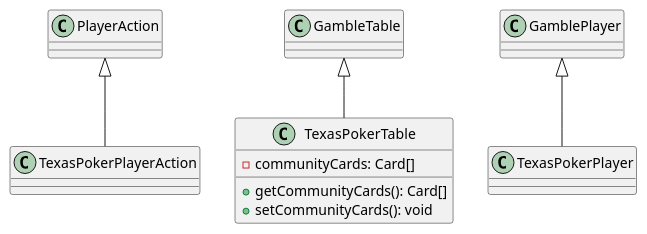
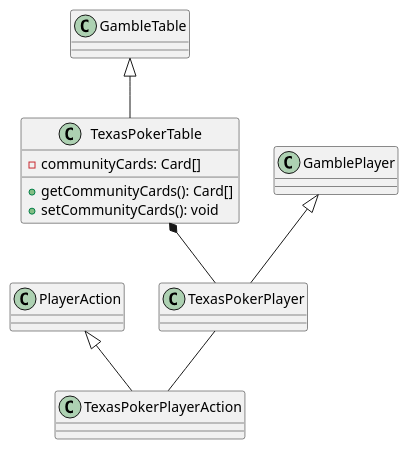
One commit to recursion-teamdev-teamd/devlog changed the diagram in uml/akiba/TexasPoker.puml. Above: the diagram before and after it, drawn with PlantUML. The commit also changed 9 other files, not shown here.

Commit message:
done creating uml akiba

```diff
--- a/uml/akiba/TexasPoker.puml
+++ b/uml/akiba/TexasPoker.puml
@@ -1,8 +1,12 @@
 class TexasPokerPlayerAction extends PlayerAction{}
 class TexasPokerTable extends GambleTable{
   -communityCards: Card[]
   +getCommunityCards(): Card[]
   +setCommunityCards(): void
 
 }
 class TexasPokerPlayer extends GamblePlayer{}
+
+
+ TexasPokerTable *-- TexasPokerPlayer
+ TexasPokerPlayer -- TexasPokerPlayerAction
```
